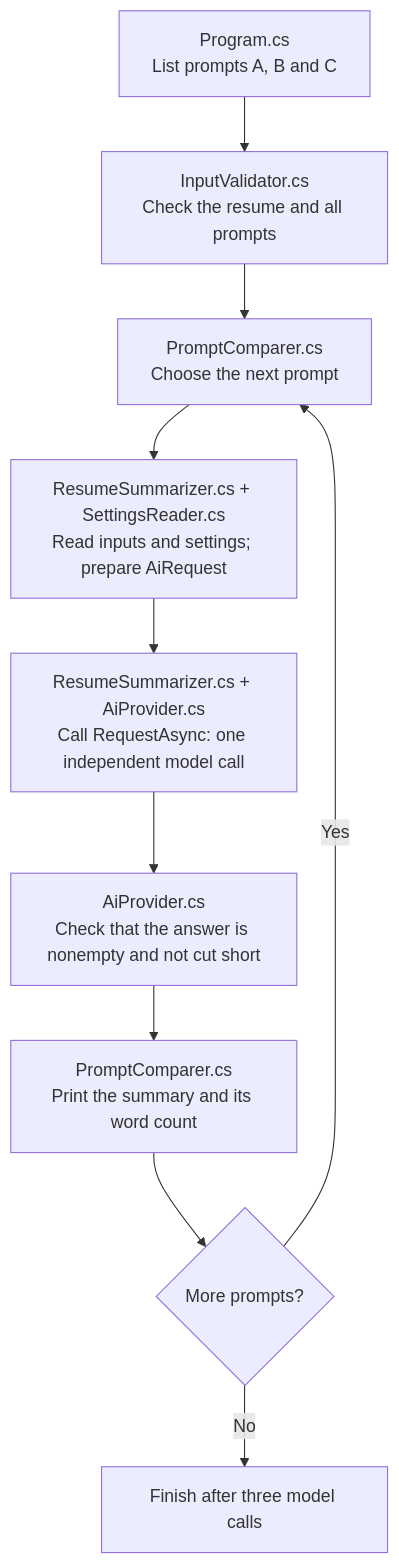
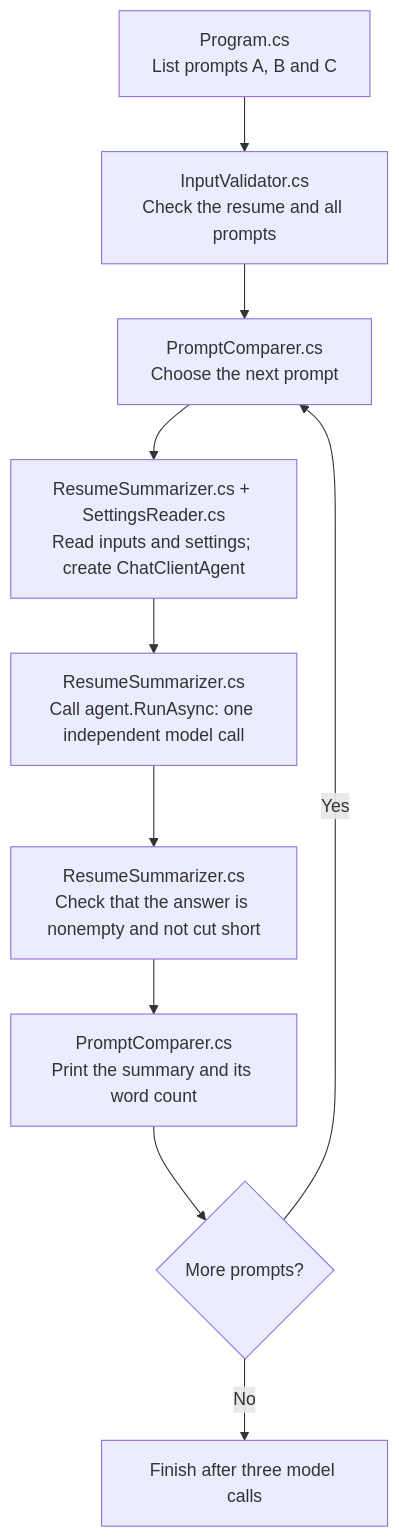
Before and after one commit to KhosroPakmanesh/ai-engineering-training: the diagram in 01-prompt-engineering/prompt-engineering/README.md, drawn with Mermaid. The commit also changed other lines of this file and 36 other files, not shown here.

````diff
--- a/01-prompt-engineering/prompt-engineering/README.md
+++ b/01-prompt-engineering/prompt-engineering/README.md
@@ -17,12 +17,12 @@
 ```mermaid
 flowchart TD
     A["Program.cs<br/>List prompts A, B and C"] --> B["InputValidator.cs<br/>Check the resume and all prompts"]
     B --> C["PromptComparer.cs<br/>Choose the next prompt"]
-    C --> D["ResumeSummarizer.cs + SettingsReader.cs<br/>Read inputs and settings; prepare AiRequest"]
-    D --> E["ResumeSummarizer.cs + AiProvider.cs<br/>Call RequestAsync: one independent model call"]
-    E --> F["AiProvider.cs<br/>Check that the answer is nonempty and not cut short"]
+    C --> D["ResumeSummarizer.cs + SettingsReader.cs<br/>Read inputs and settings; create ChatClientAgent"]
+    D --> E["ResumeSummarizer.cs<br/>Call agent.RunAsync: one independent model call"]
+    E --> F["ResumeSummarizer.cs<br/>Check that the answer is nonempty and not cut short"]
     F --> G["PromptComparer.cs<br/>Print the summary and its word count"]
     G --> H{"More prompts?"}
     H -->|Yes| C
     H -->|No| I["Finish after three model calls"]
 ```
````
